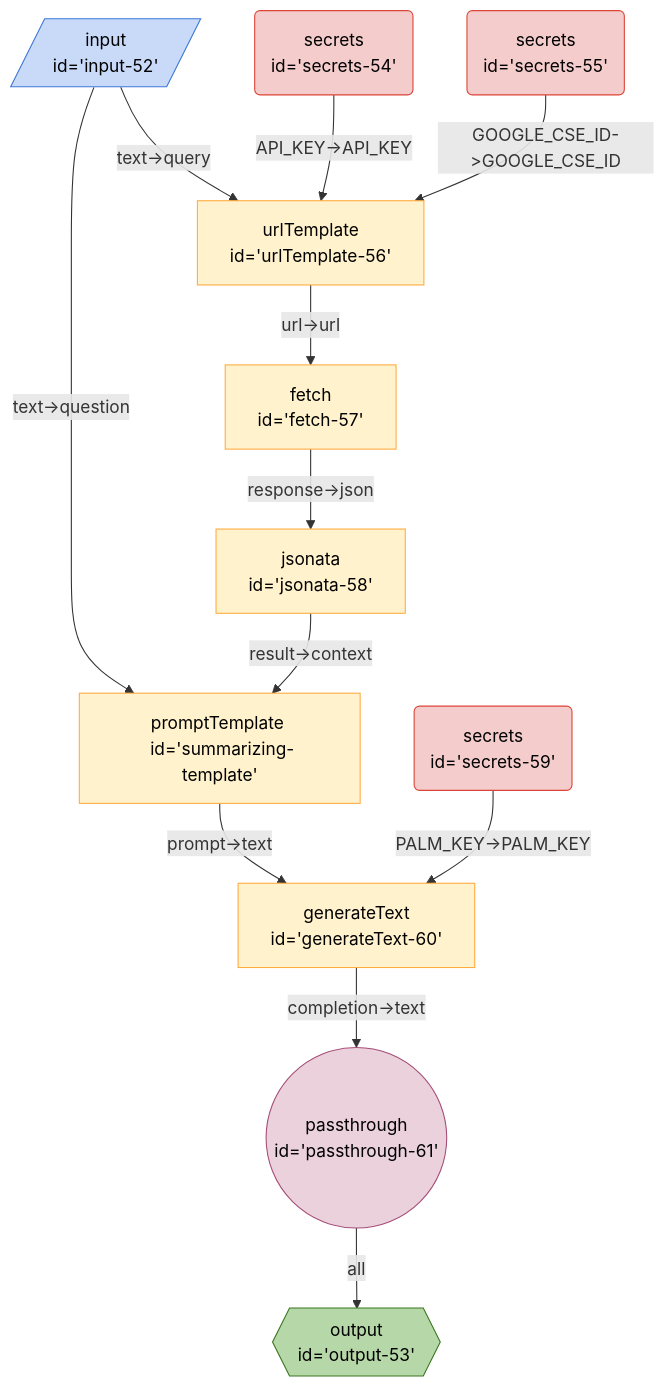
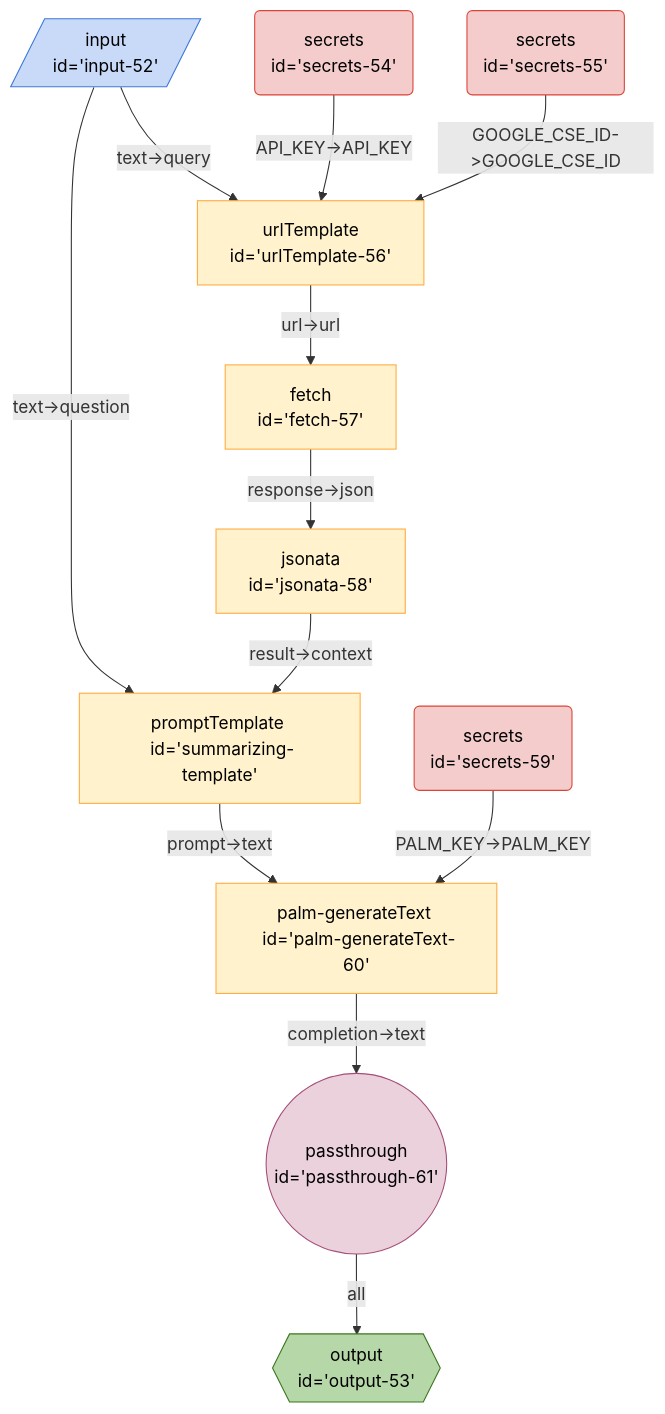
One commit to breadboard-ai/breadboard changed the diagram in seeds/breadboard-web/docs/graphs/new/search-summarize-as-action.md. Above: the diagram before and after it, drawn with Mermaid. The commit also changed 55 other files, not shown here.

````diff
--- a/seeds/breadboard-web/docs/graphs/new/search-summarize-as-action.md
+++ b/seeds/breadboard-web/docs/graphs/new/search-summarize-as-action.md
@@ -3,23 +3,23 @@
 ```mermaid
 %%{init: 'themeVariables': { 'fontFamily': 'Fira Code, monospace' }}%%
 graph TD;
 passthrough61(("passthrough <br> id='passthrough-61'")):::passthrough -- all --> output53{{"output <br> id='output-53'"}}:::output
-generateText60["generateText <br> id='generateText-60'"] -- "completion->text" --> passthrough61(("passthrough <br> id='passthrough-61'")):::passthrough
-summarizingtemplate["promptTemplate <br> id='summarizing-template'"] -- "prompt->text" --> generateText60["generateText <br> id='generateText-60'"]
-secrets59("secrets <br> id='secrets-59'"):::secrets -- "PALM_KEY->PALM_KEY" --> generateText60["generateText <br> id='generateText-60'"]
+palmgenerateText60["palm-generateText <br> id='palm-generateText-60'"] -- "completion->text" --> passthrough61(("passthrough <br> id='passthrough-61'")):::passthrough
+summarizingtemplate["promptTemplate <br> id='summarizing-template'"] -- "prompt->text" --> palmgenerateText60["palm-generateText <br> id='palm-generateText-60'"]
+secrets59("secrets <br> id='secrets-59'"):::secrets -- "PALM_KEY->PALM_KEY" --> palmgenerateText60["palm-generateText <br> id='palm-generateText-60'"]
 input52[/"input <br> id='input-52'"/]:::input -- "text->query" --> urlTemplate56["urlTemplate <br> id='urlTemplate-56'"]
 input52[/"input <br> id='input-52'"/]:::input -- "text->question" --> summarizingtemplate["promptTemplate <br> id='summarizing-template'"]
 jsonata58["jsonata <br> id='jsonata-58'"] -- "result->context" --> summarizingtemplate["promptTemplate <br> id='summarizing-template'"]
 urlTemplate56["urlTemplate <br> id='urlTemplate-56'"] -- "url->url" --> fetch57["fetch <br> id='fetch-57'"]
 fetch57["fetch <br> id='fetch-57'"] -- "response->json" --> jsonata58["jsonata <br> id='jsonata-58'"]
 secrets54("secrets <br> id='secrets-54'"):::secrets -- "API_KEY->API_KEY" --> urlTemplate56["urlTemplate <br> id='urlTemplate-56'"]
 secrets55("secrets <br> id='secrets-55'"):::secrets -- "GOOGLE_CSE_ID->GOOGLE_CSE_ID" --> urlTemplate56["urlTemplate <br> id='urlTemplate-56'"]
 classDef default stroke:#ffab40,fill:#fff2ccff,color:#000
 classDef input stroke:#3c78d8,fill:#c9daf8ff,color:#000
 classDef output stroke:#38761d,fill:#b6d7a8ff,color:#000
 classDef passthrough stroke:#a64d79,fill:#ead1dcff,color:#000
 classDef slot stroke:#a64d79,fill:#ead1dcff,color:#000
 classDef config stroke:#a64d79,fill:#ead1dcff,color:#000
 classDef secrets stroke:#db4437,fill:#f4cccc,color:#000
 classDef slotted stroke:#a64d79
 ```
````
